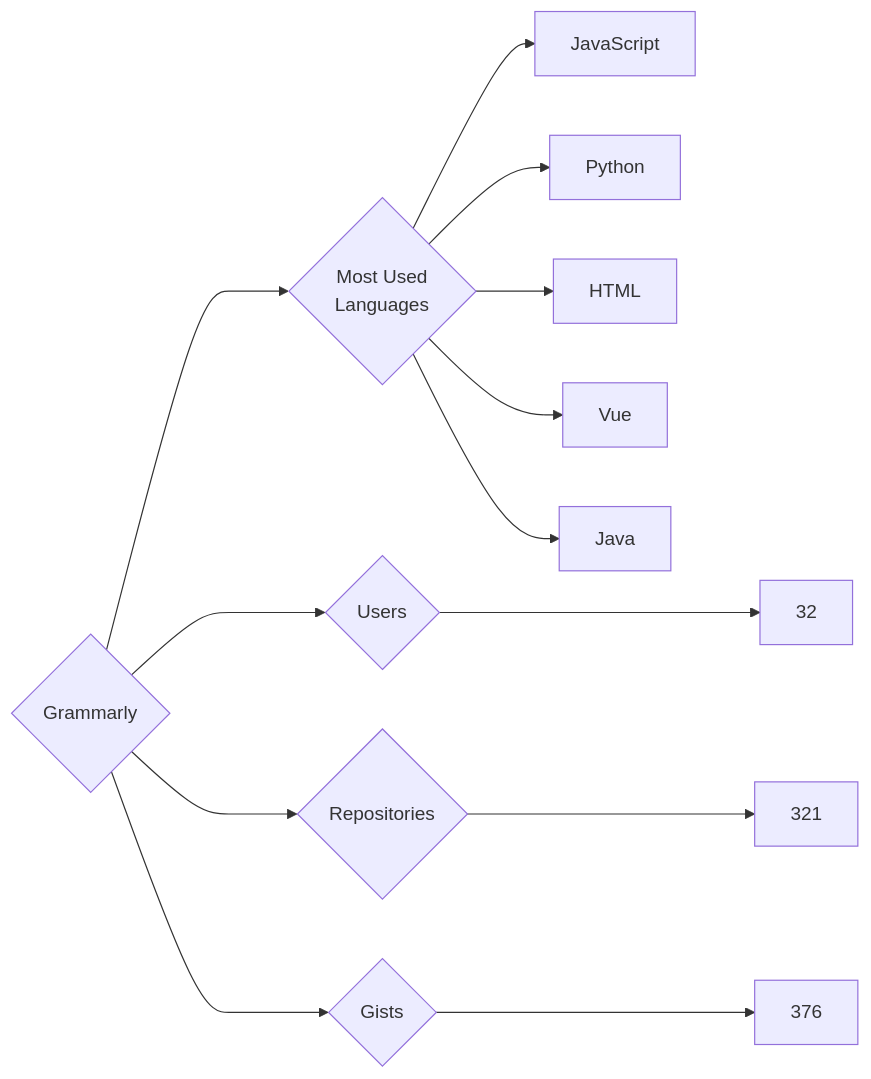
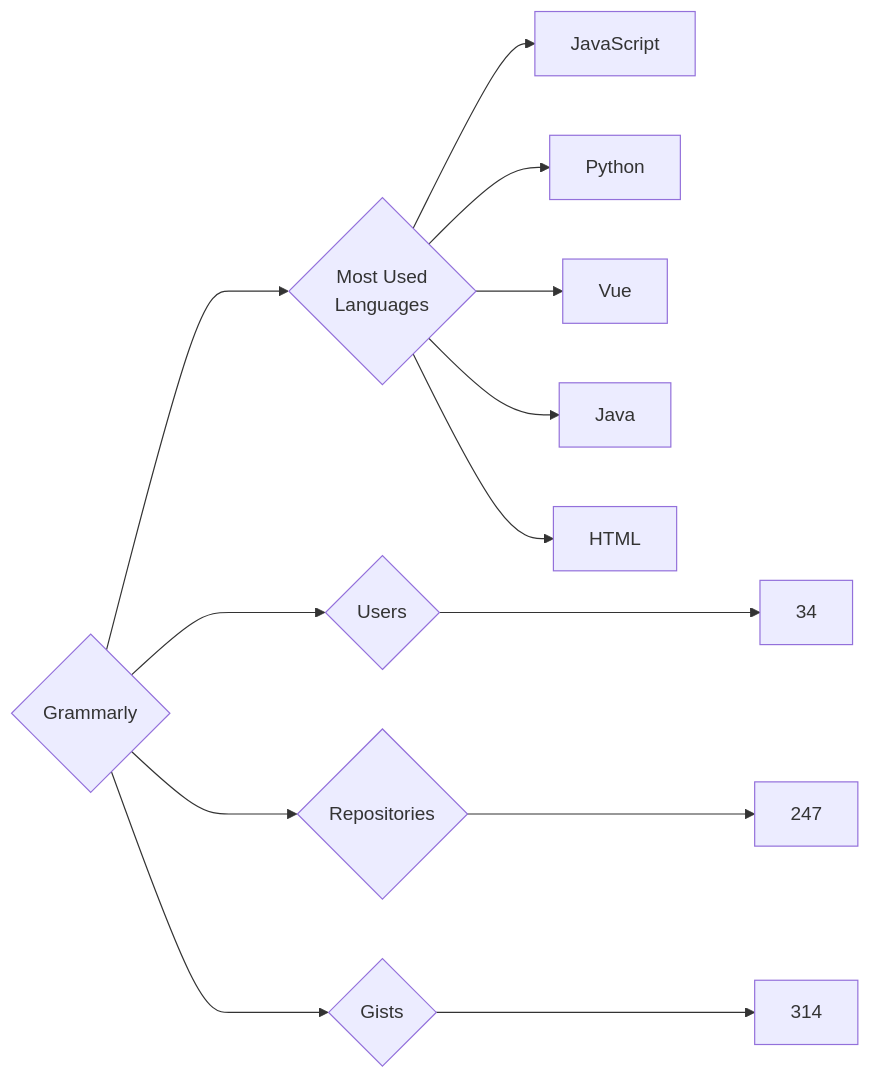
The diagram in targets/Grammarly/README.md (trickest/insiders), drawn with Mermaid before and after one commit. The commit also changed 569 other files, not shown here.

````diff
--- a/targets/Grammarly/README.md
+++ b/targets/Grammarly/README.md
@@ -3,13 +3,13 @@
 ```mermaid
 graph LR
 COMPANY_NAME{Grammarly}
-COMPANY_NAME ---> U{Users} ---> UN[32]
-COMPANY_NAME ---> R{Repositories} ---> RN[321]
-COMPANY_NAME ---> G{Gists} ---> GN[376]
+COMPANY_NAME ---> U{Users} ---> UN[34]
+COMPANY_NAME ---> R{Repositories} ---> RN[247]
+COMPANY_NAME ---> G{Gists} ---> GN[314]
 COMPANY_NAME ---> ML{Most Used<br>Languages}
 ML --> JavaScript[JavaScript]
 ML --> Python[Python]
-ML --> HTML[HTML]
 ML --> Vue[Vue]
 ML --> Java[Java]
+ML --> HTML[HTML]
 ```
````
